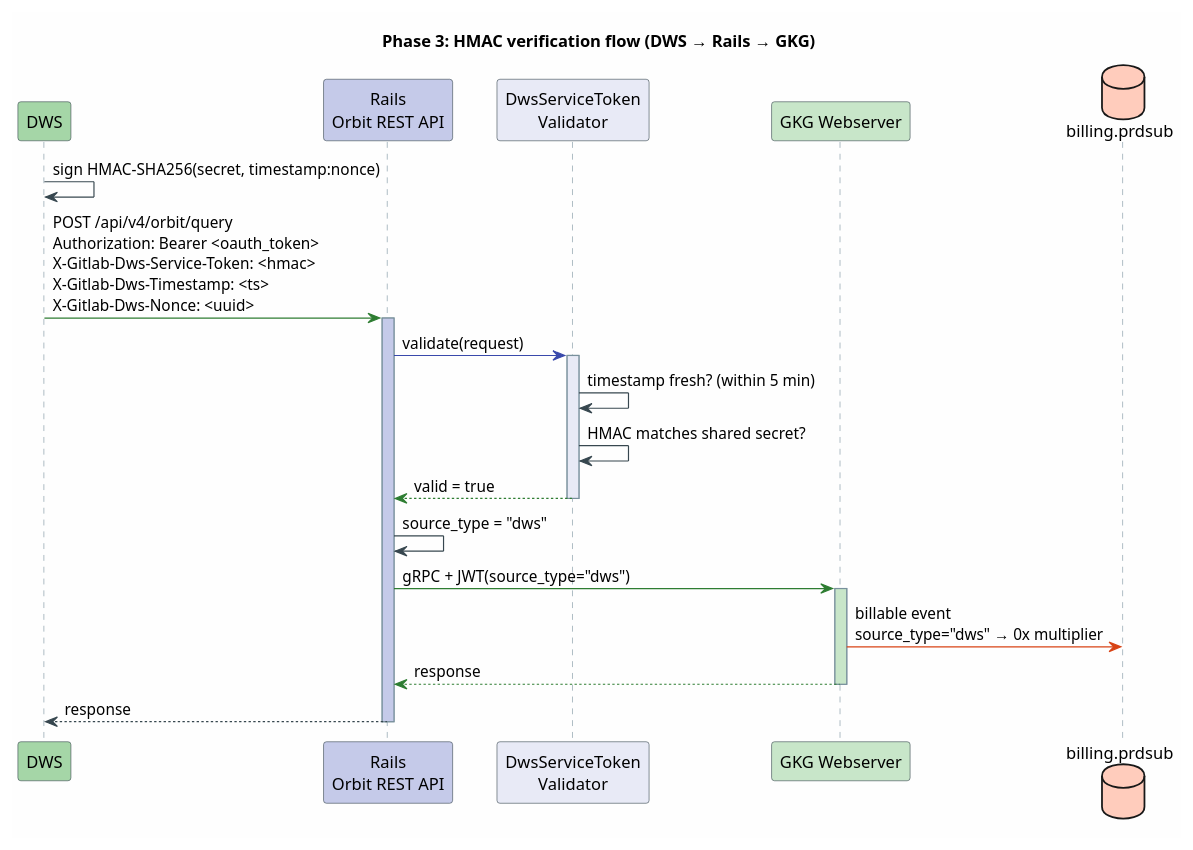
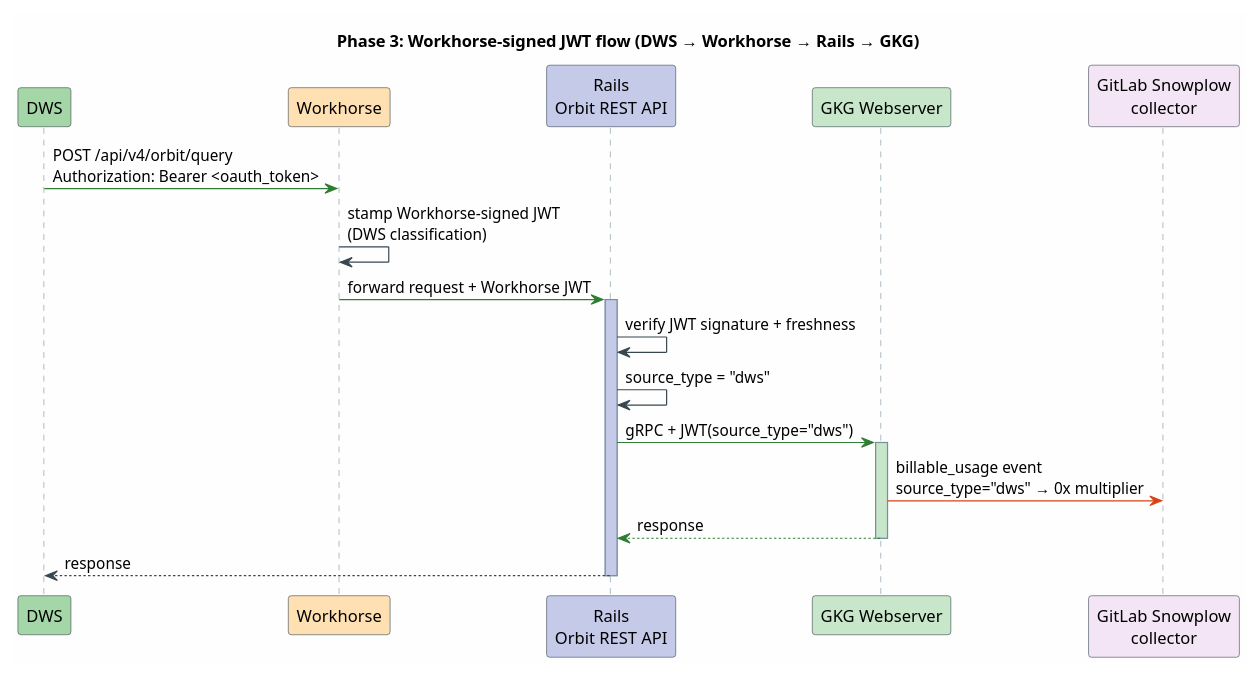
The fourth of 5 diagrams in docs/design-documents/decisions/007_monetization_engineering.md (gitlabhq/orbit-knowledge-graph), drawn with PlantUML before and after one commit. The commit also changed other lines of this file, not shown here.

First line of the commit message:
docs(adr): align ADR 007 with as-built billing design

````diff
--- a/docs/design-documents/decisions/007_monetization_engineering.md
+++ b/docs/design-documents/decisions/007_monetization_engineering.md
@@ -627,46 +576,40 @@
 ```plantuml
 @startuml
 skinparam backgroundColor #FEFEFE
 skinparam participant {
   BorderColor #37474F
 }
 skinparam note {
   BackgroundColor #E8F5E9
   BorderColor #2E7D32
 }
 skinparam sequence {
   ArrowColor #37474F
   LifeLineBorderColor #78909C
 }
 
-title Phase 3: HMAC verification flow (DWS → Rails → GKG)
+title Phase 3: Workhorse-signed JWT flow (DWS → Workhorse → Rails → GKG)
 
 participant "DWS" as dws #A5D6A7
+participant "Workhorse" as wh #FFE0B2
 participant "Rails\nOrbit REST API" as rails #C5CAE9
-participant "DwsServiceToken\nValidator" as validator #E8EAF6
 participant "GKG Webserver" as gkg #C8E6C9
-database "billing.prdsub" as billing #FFCCBC
+participant "GitLab Snowplow\ncollector" as snowplow #F3E5F5
 
-dws -> dws : sign HMAC-SHA256(secret, timestamp:nonce)
-dws -[#2E7D32]> rails : POST /api/v4/orbit/query\nAuthorization: Bearer <oauth_token>\nX-Gitlab-Dws-Service-Token: <hmac>\nX-Gitlab-Dws-Timestamp: <ts>\nX-Gitlab-Dws-Nonce: <uuid>
+dws -[#2E7D32]> wh : POST /api/v4/orbit/query\nAuthorization: Bearer <oauth_token>
+wh -> wh : stamp Workhorse-signed JWT\n(DWS classification)
+wh -[#2E7D32]> rails : forward request + Workhorse JWT
 
 activate rails #C5CAE9
-rails -[#3949AB]> validator : validate(request)
-activate validator #E8EAF6
-
-validator -> validator : timestamp fresh? (within 5 min)
-validator -> validator : HMAC matches shared secret?
-validator --[#2E7D32]> rails : valid = true
-deactivate validator
-
+rails -> rails : verify JWT signature + freshness
 rails -> rails : source_type = "dws"
 rails -[#2E7D32]> gkg : gRPC + JWT(source_type="dws")
 activate gkg #C8E6C9
-gkg -[#D84315]> billing : billable event\nsource_type="dws" → 0x multiplier
+gkg -[#D84315]> snowplow : billable_usage event\nsource_type="dws" → 0x multiplier
 gkg --[#2E7D32]> rails : response
 deactivate gkg
 rails --> dws : response
 deactivate rails
 
 @enduml
 ```
````
